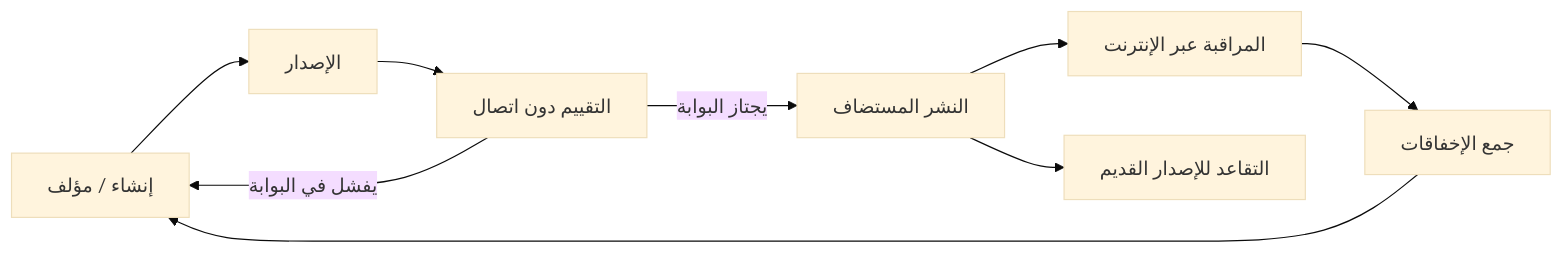
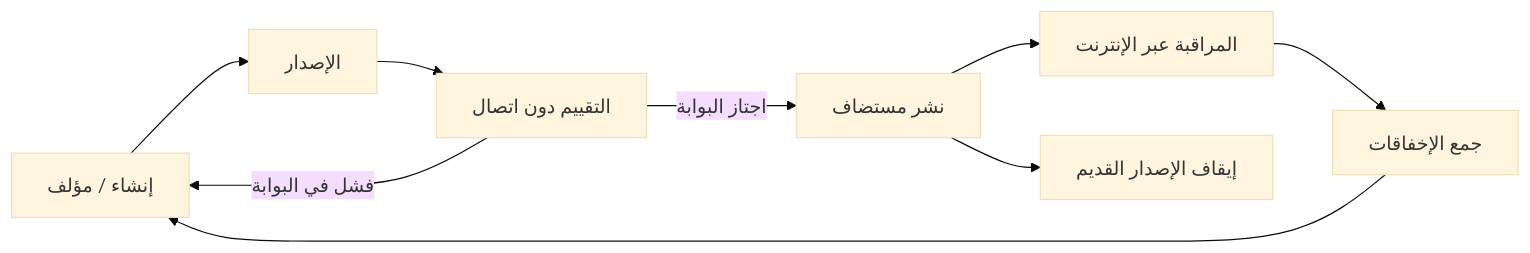
Before and after one commit to microsoft/ai-agents-for-beginners: the second of 4 diagrams in translations/ar/16-deploying-scalable-agents/README.md, drawn with Mermaid (base theme). The commit also changed other lines of this file and 47 other files, not shown here.

````diff
--- a/translations/ar/16-deploying-scalable-agents/README.md
+++ b/translations/ar/16-deploying-scalable-agents/README.md
@@ -108,11 +108,11 @@
 ```mermaid
 flowchart LR
     Create[إنشاء / مؤلف] --> Version[الإصدار]
     Version --> Evaluate[التقييم دون اتصال]
-    Evaluate -->|يجتاز البوابة| Deploy[النشر المستضاف]
-    Evaluate -->|يفشل في البوابة| Create
+    Evaluate -->|اجتاز البوابة| Deploy[نشر مستضاف]
+    Evaluate -->|فشل في البوابة| Create
     Deploy --> Observe[المراقبة عبر الإنترنت]
     Observe --> Improve[جمع الإخفاقات]
     Improve --> Create
-    Deploy --> Retire[التقاعد للإصدار القديم]
+    Deploy --> Retire[إيقاف الإصدار القديم]
 ```
````
